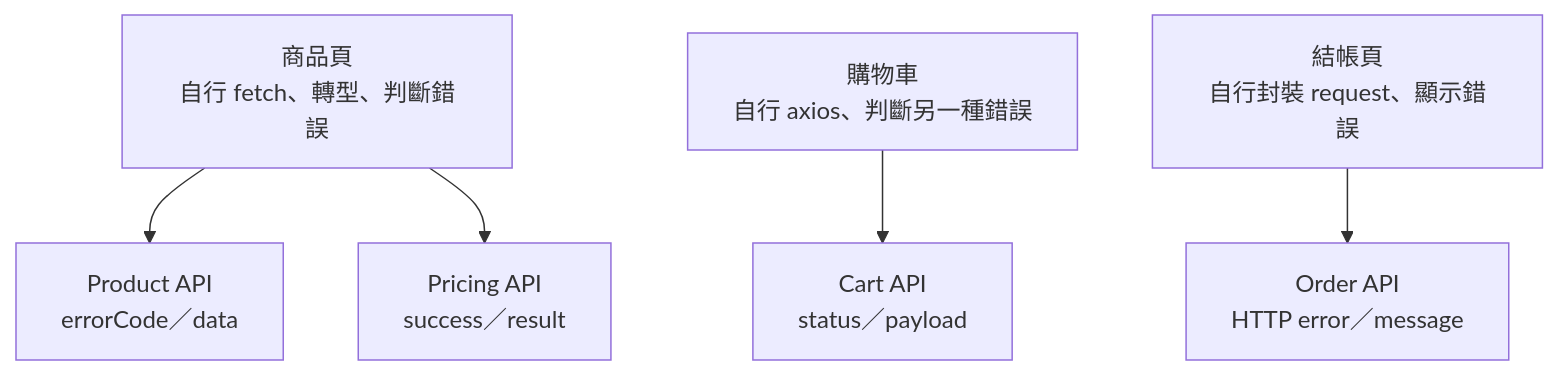
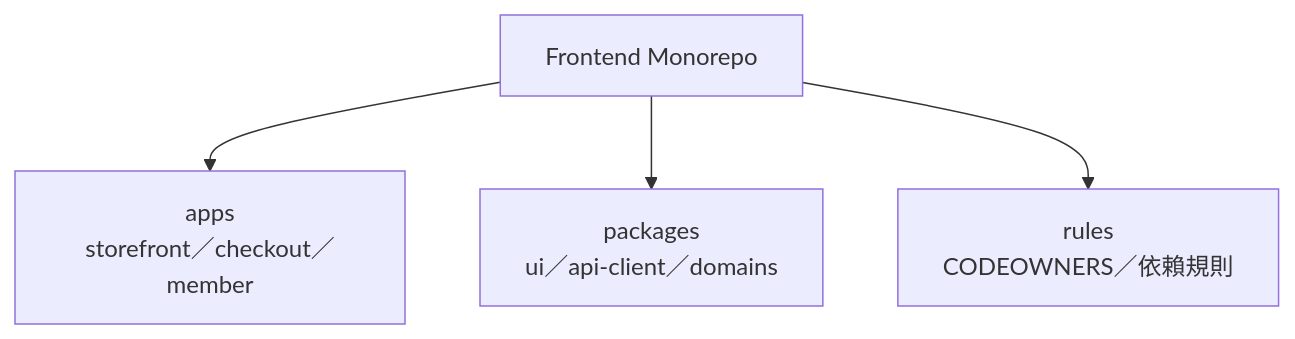
Before and after one commit to ShackArbeit/Momo_Interview: the ninth of 11 diagrams in debat.md, drawn with Mermaid. The commit also changed other lines of this file, not shown here.

````diff
--- a/debat.md
+++ b/debat.md
@@ -368,16 +204,8 @@
 ```mermaid
 flowchart TB
-    ProductPage["商品頁<br/>自行 fetch、轉型、判斷錯誤"]
-    CartPage["購物車<br/>自行 axios、判斷另一種錯誤"]
-    CheckoutPage["結帳頁<br/>自行封裝 request、顯示錯誤"]
+    Repo["Frontend Monorepo"]
 
-    ProductAPI["Product API<br/>errorCode／data"]
-    PricingAPI["Pricing API<br/>success／result"]
-    CartAPI["Cart API<br/>status／payload"]
-    OrderAPI["Order API<br/>HTTP error／message"]
-
-    ProductPage --> ProductAPI
-    ProductPage --> PricingAPI
-    CartPage --> CartAPI
-    CheckoutPage --> OrderAPI
+    Repo --> Apps["apps<br/>storefront／checkout／member"]
+    Repo --> Packages["packages<br/>ui／api-client／domains"]
+    Repo --> Rules["rules<br/>CODEOWNERS／依賴規則"]
 ```
````
